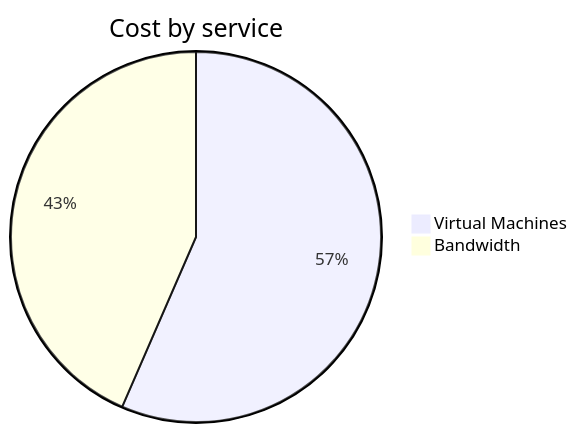
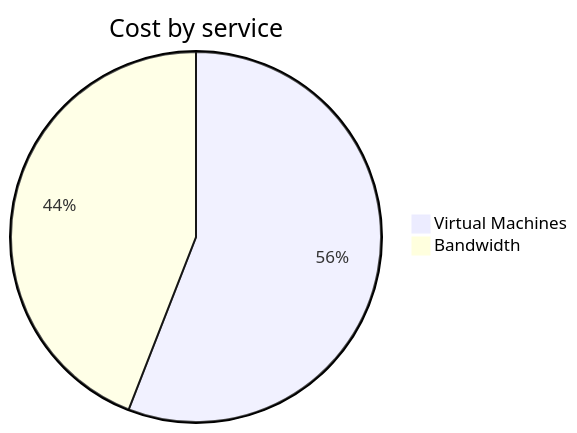
Before and after one commit to jpfulton/azure-personal-reports: the second of 4 diagrams in cost-reports/personal-network/vpn-server.md, drawn with Mermaid. The commit also changed other lines of this file and 8 other files, not shown here.

````diff
--- a/cost-reports/personal-network/vpn-server.md
+++ b/cost-reports/personal-network/vpn-server.md
@@ -94,6 +94,6 @@
 ```mermaid
 pie
    title Cost by service
-   "Virtual Machines" : 4.72
-   "Bandwidth" : 3.63
+   "Virtual Machines" : 4.91
+   "Bandwidth" : 3.87
 ```
````
